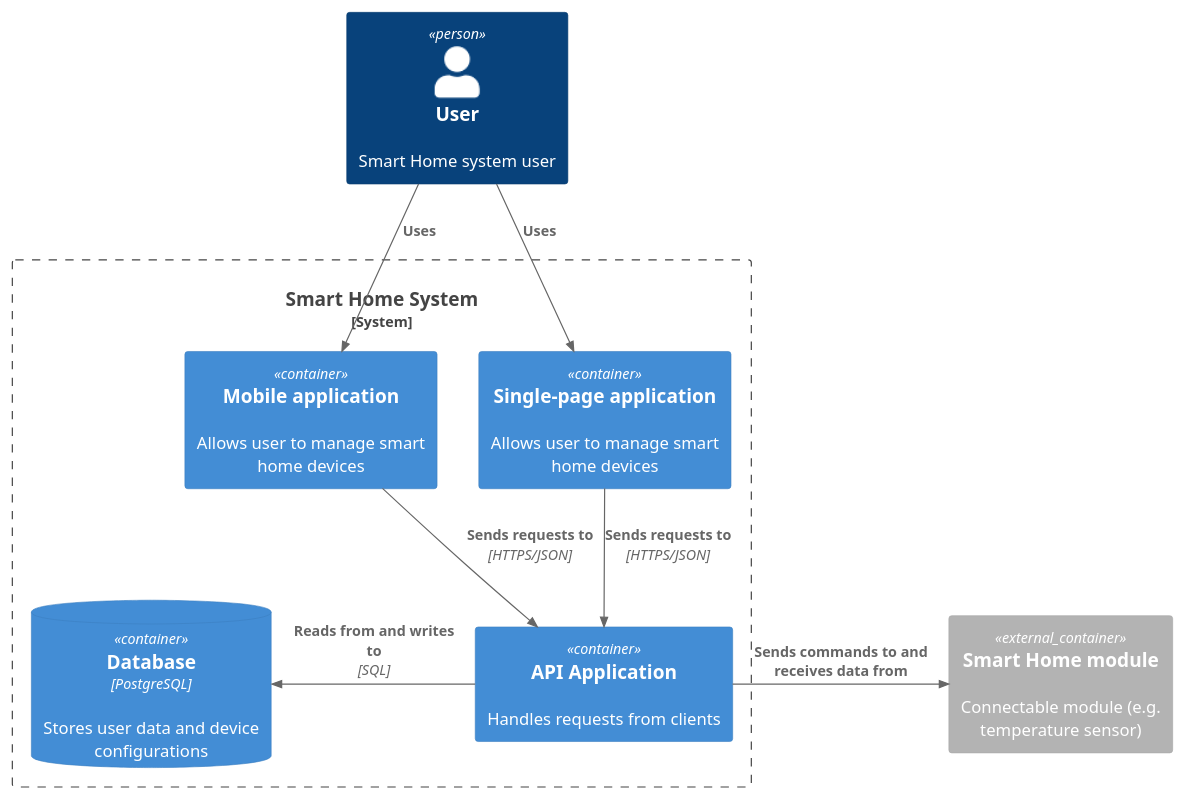
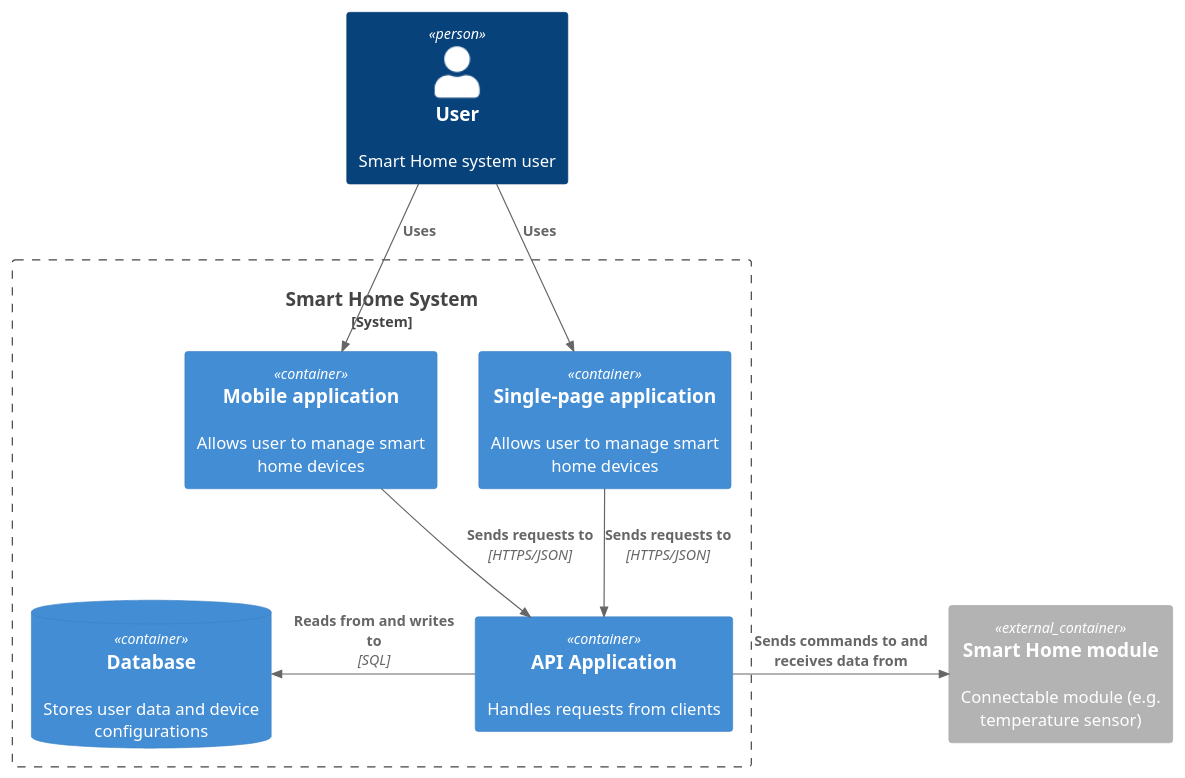
The diagram in diagram/container/SmartHome_Container.puml (Madm1key/architecture-warmhouse), drawn with PlantUML before and after one commit. The commit also changed 3 other files, not shown here.

Commit message:
doc: обновлены диаграммы C4 для системы умного дома

```diff
--- a/diagram/container/SmartHome_Container.puml
+++ b/diagram/container/SmartHome_Container.puml
@@ -1,20 +1,20 @@
 @startuml
 !include https://raw.githubusercontent.com/plantuml-stdlib/C4-PlantUML/master/C4_Container.puml
 
 Person(user, "User", "Smart Home system user")
 
 System_Boundary(s, "Smart Home System") {
-    Container(mobileApp, "Mobile application", $descr="Allows user to manage smart home devices")
-    Container(spa, "Single-page application", $descr="Allows user to manage smart home devices")
-    ContainerDb(db, "Database", "PostgreSQL", $descr="Stores user data and device configurations")
-    Container(gateway, "API Application", $descr="Handles requests from clients")
+  Container(mobileApp, "Mobile application", $descr="Allows user to manage smart home devices")
+  Container(spa, "Single-page application", $descr="Allows user to manage smart home devices")
+  ContainerDb(db, "Database", $descr="Stores user data and device configurations")
+  Container(api, "API Application", $descr="Handles requests from clients")
 }
 Container_Ext(module, "Smart Home module", $descr="Connectable module (e.g. temperature sensor)")
 
 Rel(user, mobileApp, "Uses")
 Rel(user, spa, "Uses")
-Rel(mobileApp, gateway, "Sends requests to", "HTTPS/JSON")
-Rel(spa, gateway, "Sends requests to", "HTTPS/JSON")
-Rel_L(gateway, db, "Reads from and writes to", "SQL")
-Rel_R(gateway, module, "Sends commands to and receives data from")
+Rel(mobileApp, api, "Sends requests to", "HTTPS/JSON")
+Rel(spa, api, "Sends requests to", "HTTPS/JSON")
+Rel_L(api, db, "Reads from and writes to", "SQL")
+Rel_R(api, module, "Sends commands to and receives data from")
 @enduml
```
